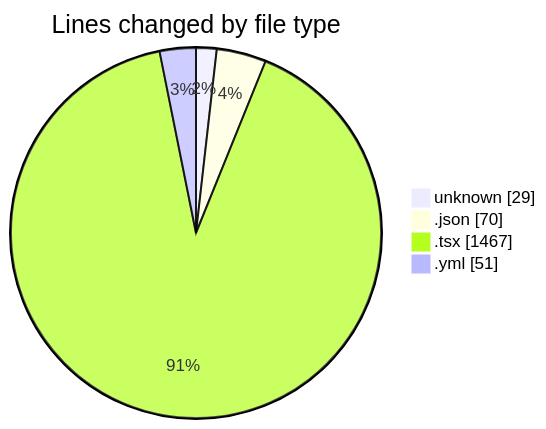
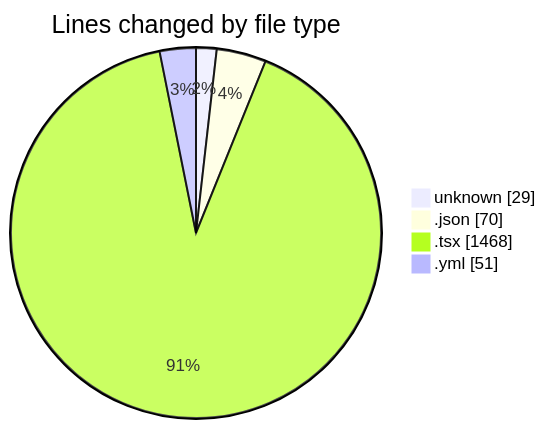
The first of 2 diagrams in 2025-01-14/mbc-web/README.md (robertbonfada/code-tracking), drawn with Mermaid before and after one commit. The commit also changed other lines of this file and 1 other file, not shown here.

````diff
--- a/2025-01-14/mbc-web/README.md
+++ b/2025-01-14/mbc-web/README.md
@@ -35,8 +35,8 @@
 ```mermaid
 pie showData
 title Lines changed by file type
 "unknown" : 29
 ".json" : 70
-".tsx" : 1467
+".tsx" : 1468
 ".yml" : 51
 ```
````
